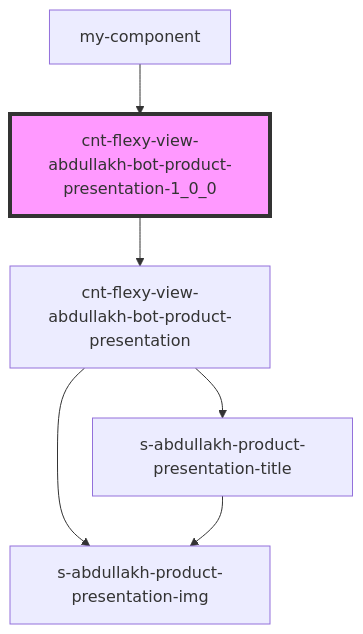
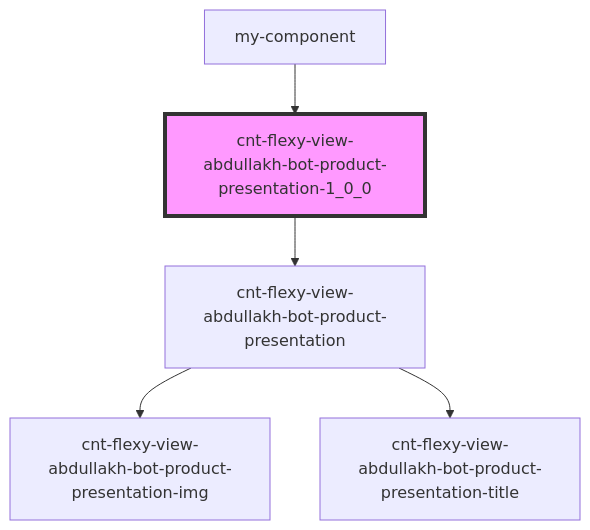
The diagram in src/components/cnt-flexy-view-abdullakh-bot-product-presentation-1_0_0/readme.md (Wokh-Dada/botdevelopmentapp), drawn with Mermaid before and after one commit. The commit also changed 101 other files, not shown here.

````diff
--- a/src/components/cnt-flexy-view-abdullakh-bot-product-presentation-1_0_0/readme.md
+++ b/src/components/cnt-flexy-view-abdullakh-bot-product-presentation-1_0_0/readme.md
@@ -34,9 +34,8 @@
 ```mermaid
 graph TD;
   cnt-flexy-view-abdullakh-bot-product-presentation-1_0_0 --> cnt-flexy-view-abdullakh-bot-product-presentation
-  cnt-flexy-view-abdullakh-bot-product-presentation --> s-abdullakh-product-presentation-img
-  cnt-flexy-view-abdullakh-bot-product-presentation --> s-abdullakh-product-presentation-title
-  s-abdullakh-product-presentation-title --> s-abdullakh-product-presentation-img
+  cnt-flexy-view-abdullakh-bot-product-presentation --> cnt-flexy-view-abdullakh-bot-product-presentation-img
+  cnt-flexy-view-abdullakh-bot-product-presentation --> cnt-flexy-view-abdullakh-bot-product-presentation-title
   my-component --> cnt-flexy-view-abdullakh-bot-product-presentation-1_0_0
   style cnt-flexy-view-abdullakh-bot-product-presentation-1_0_0 fill:#f9f,stroke:#333,stroke-width:4px
 ```
````
